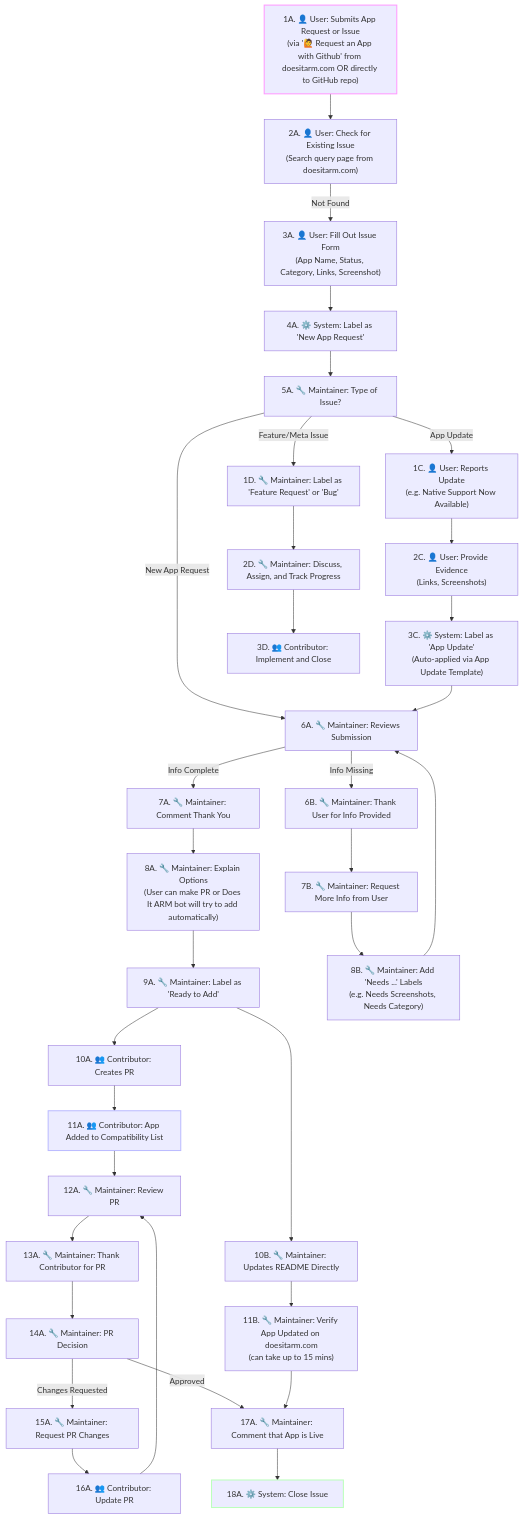
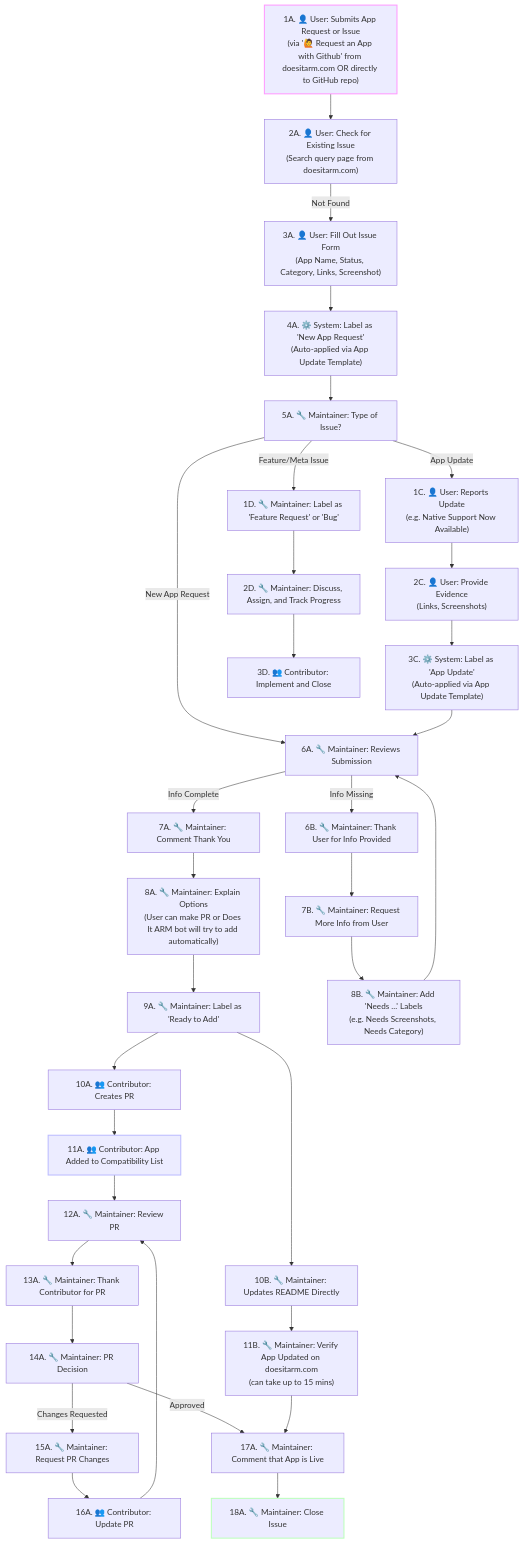
Before and after one commit to ThatGuySam/doesitarm: the diagram in docs/app-flow.md, drawn with Mermaid.

Commit message:
update: fix wrong role labels

````diff
--- a/docs/app-flow.md
+++ b/docs/app-flow.md
@@ -16,42 +16,42 @@
 ```mermaid
 flowchart TD
     A["1A. 👤 User: Submits App Request or Issue<br/>(via '🙋 Request an App with Github' from doesitarm.com OR directly to GitHub repo)"] --> B["2A. 👤 User: Check for Existing Issue<br/>(Search query page from doesitarm.com)"]
     B -- Not Found --> C["3A. 👤 User: Fill Out Issue Form<br/>(App Name, Status, Category, Links, Screenshot)"]
-    C --> D["4A. ⚙️ System: Label as 'New App Request'"]
+    C --> D["4A. ⚙️ System: Label as 'New App Request'<br/>(Auto-applied via App Update Template)"]
     D --> E["5A. 🔧 Maintainer: Type of Issue?"]
     E -- New App Request --> F["6A. 🔧 Maintainer: Reviews Submission"]
     F -- Info Complete --> F2["7A. 🔧 Maintainer: Comment Thank You"]
     F2 --> F3["8A. 🔧 Maintainer: Explain Options<br/>(User can make PR or Does It ARM bot will try to add automatically)"]
     F3 --> G["9A. 🔧 Maintainer: Label as 'Ready to Add'"]
     F -- Info Missing --> H0["6B. 🔧 Maintainer: Thank User for Info Provided"]
     H0 --> H["7B. 🔧 Maintainer: Request More Info from User"]
     H --> H2["8B. 🔧 Maintainer: Add 'Needs ...' Labels<br/>(e.g. Needs Screenshots, Needs Category)"]
     H2 --> F
     
     G --> I["10A. 👥 Contributor: Creates PR"]
     G --> I2["10B. 🔧 Maintainer: Updates README Directly"]
     I --> J["11A. 👥 Contributor: App Added to Compatibility List"]
     I2 --> I3["11B. 🔧 Maintainer: Verify App Updated on doesitarm.com<br/>(can take up to 15 mins)"]
     J --> J1["12A. 🔧 Maintainer: Review PR"]
     J1 --> J2["13A. 🔧 Maintainer: Thank Contributor for PR"]
     J2 --> J3["14A. 🔧 Maintainer: PR Decision"]
     J3 -- Changes Requested --> J4["15A. 🔧 Maintainer: Request PR Changes"]
     J4 --> J5["16A. 👥 Contributor: Update PR"]
     J5 --> J1
     J3 -- Approved --> L1["17A. 🔧 Maintainer: Comment that App is Live"]
     I3 --> L1
-    L1 --> K["18A. ⚙️ System: Close Issue"]
+    L1 --> K["18A. 🔧 Maintainer: Close Issue"]
 
     E -- App Update --> L["1C. 👤 User: Reports Update<br/>(e.g. Native Support Now Available)"]
     L --> M["2C. 👤 User: Provide Evidence<br/>(Links, Screenshots)"]
     M --> N["3C. ⚙️ System: Label as 'App Update'<br/>(Auto-applied via App Update Template)"]
     N --> F
 
     E -- Feature/Meta Issue --> O["1D. 🔧 Maintainer: Label as 'Feature Request' or 'Bug'"]
     O --> P["2D. 🔧 Maintainer: Discuss, Assign, and Track Progress"]
     P --> Q["3D. 👥 Contributor: Implement and Close"]
 
     style A stroke:#f9f,stroke-width:2px
     style J stroke:#bbf,stroke-width:2px
     style K stroke:#bfb,stroke-width:2px
 ```
````
